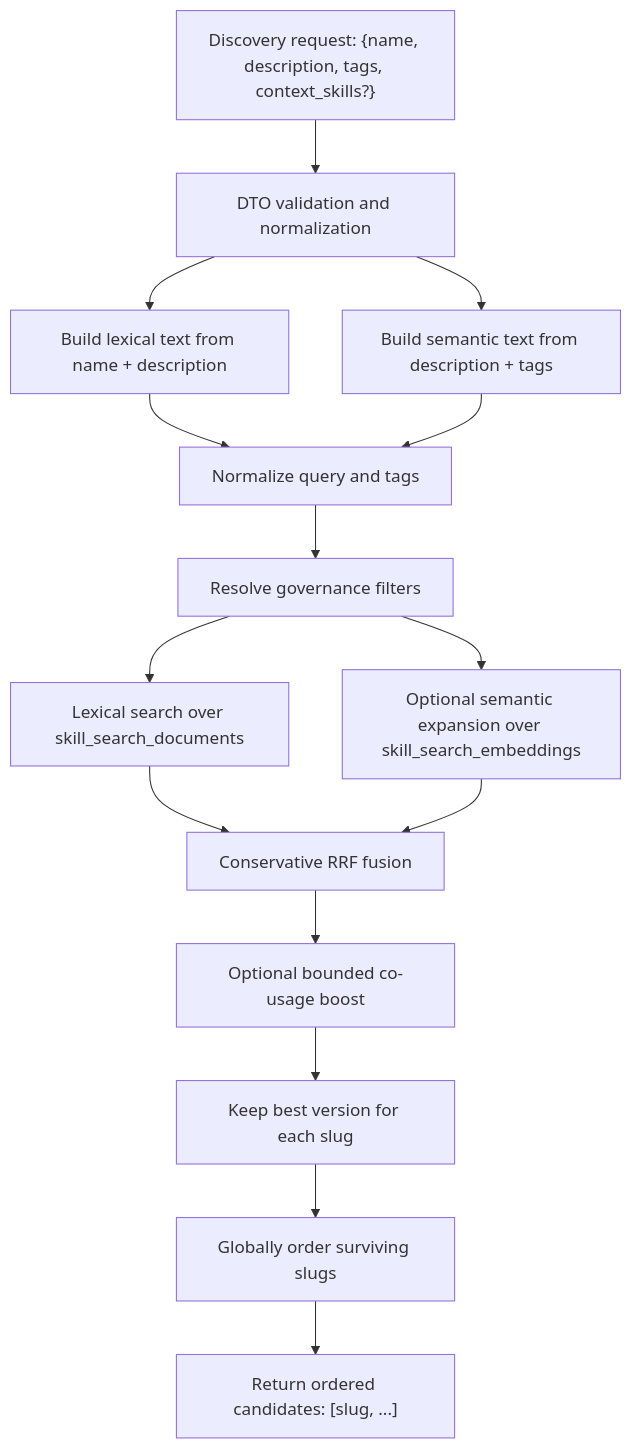
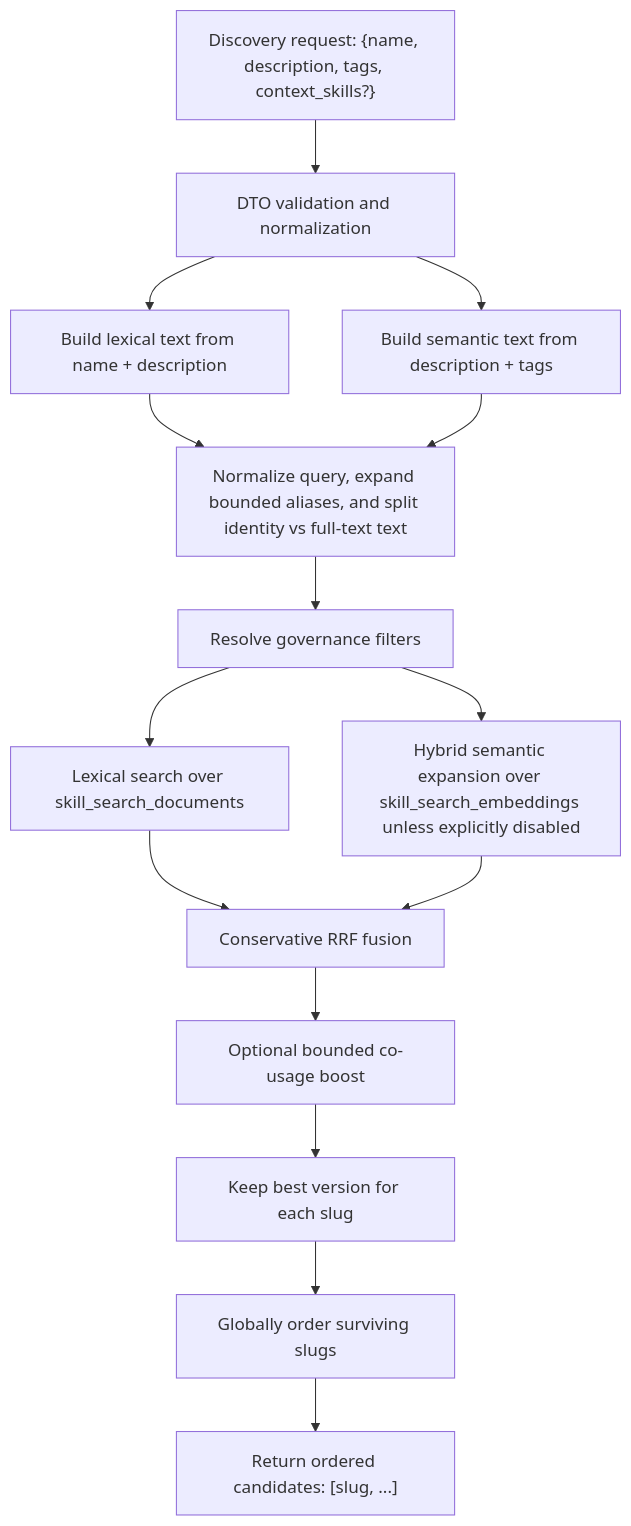
One commit to aptitude-stack/registery changed the diagram in docs/architecture/discovery-and-ranking.md. Above: the diagram before and after it, drawn with Mermaid. The commit also changed other lines of this file and 30 other files, not shown here.

Commit message:
Add hybrid semantic search defaults and documentation skill

````diff
--- a/docs/architecture/discovery-and-ranking.md
+++ b/docs/architecture/discovery-and-ranking.md
@@ -17,17 +17,17 @@
 ```mermaid
 flowchart TD
     A["Discovery request: {name, description, tags, context_skills?}"] --> B["DTO validation and normalization"]
     B --> C["Build lexical text from name + description"]
     B --> D["Build semantic text from description + tags"]
-    C --> E["Normalize query and tags"]
+    C --> E["Normalize query, expand bounded aliases, and split identity vs full-text text"]
     D --> E
     E --> F["Resolve governance filters"]
     F --> G["Lexical search over skill_search_documents"]
-    F --> H["Optional semantic expansion over skill_search_embeddings"]
+    F --> H["Hybrid semantic expansion over skill_search_embeddings unless explicitly disabled"]
     G --> I["Conservative RRF fusion"]
     H --> I
     I --> J["Optional bounded co-usage boost"]
     J --> K["Keep best version for each slug"]
     K --> L["Globally order surviving slugs"]
     L --> M["Return ordered candidates: [slug, ...]"]
 ```
````
